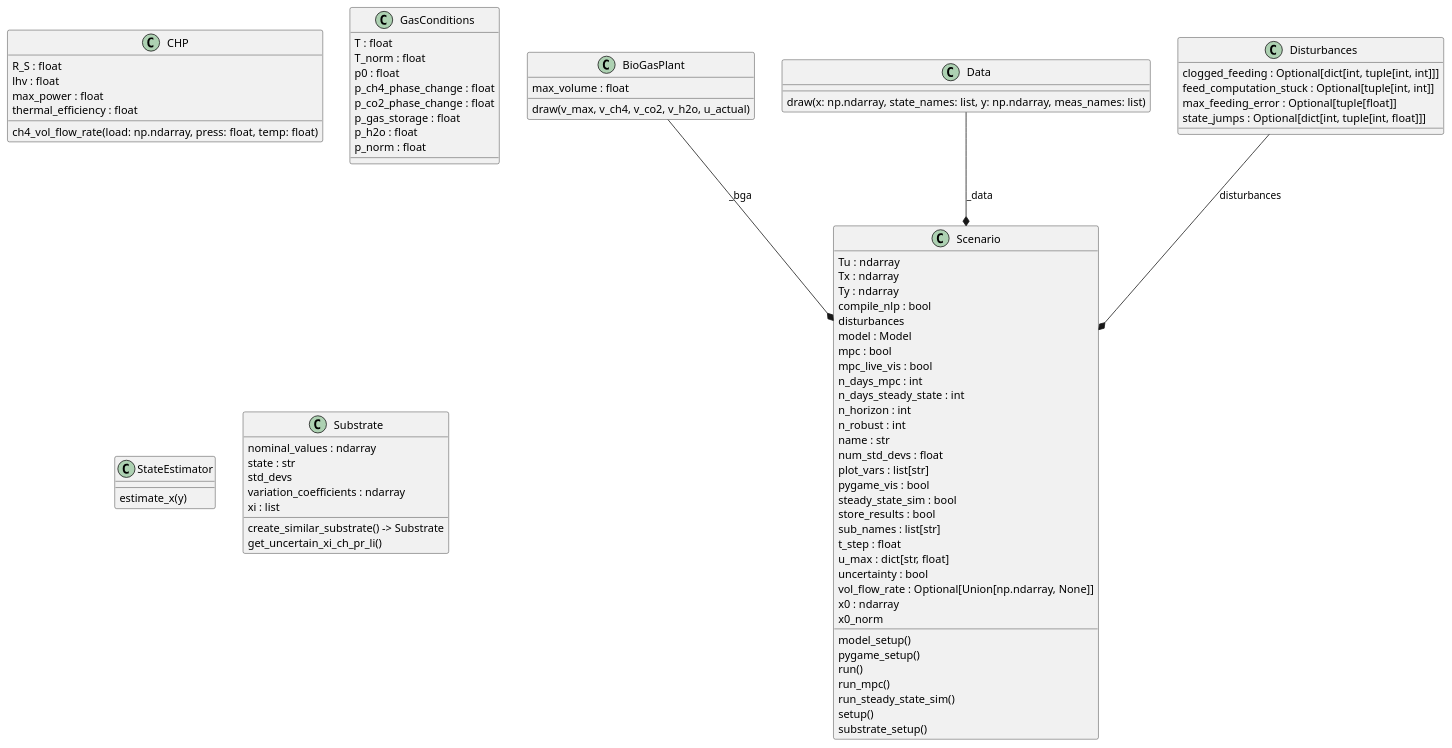
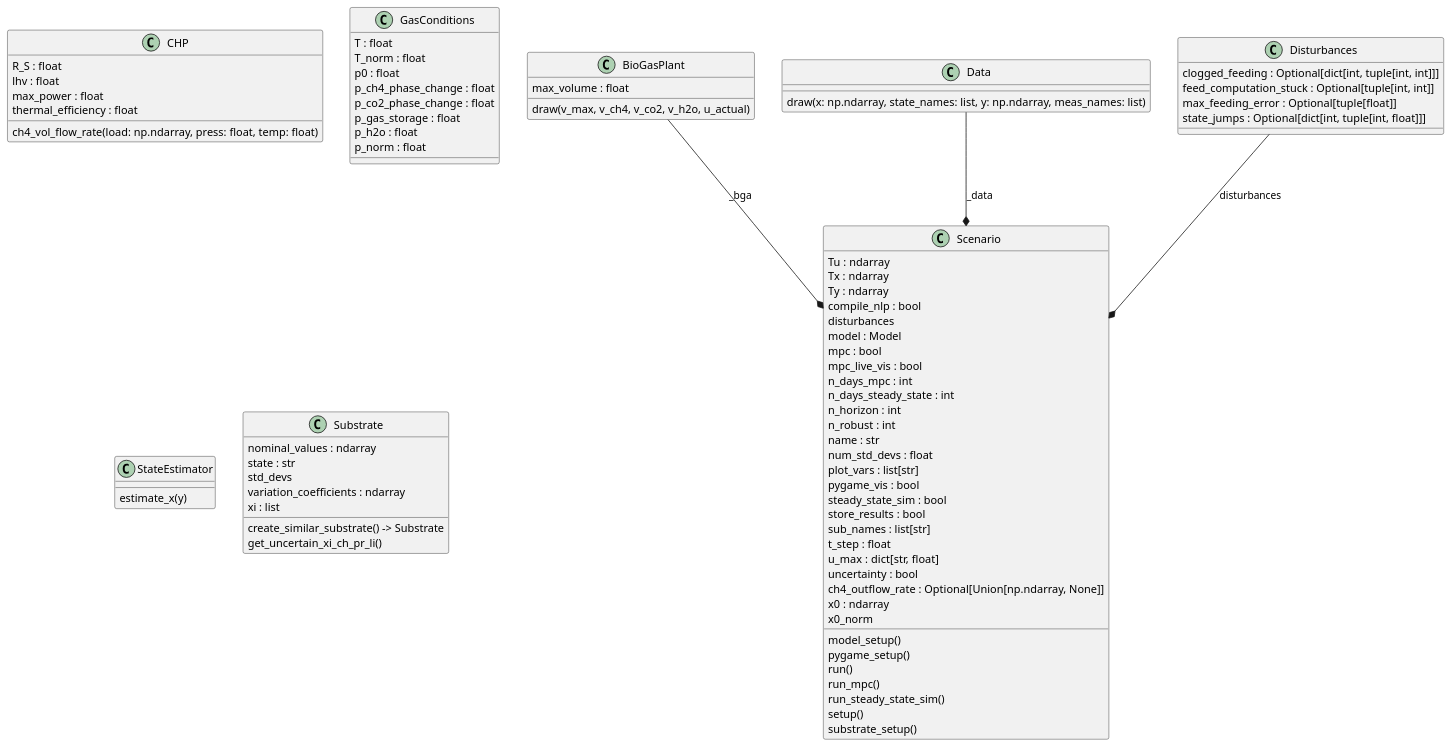
One commit to JuliusFrontzek/ad_meal_prep_control changed the diagram in ad_meal_prep_control/classes.puml. Above: the diagram before and after it, drawn with PlantUML. The commit also changed 7 other files, not shown here.

Commit message:
Renamed vol_flow_rate to ch4_outflow_rate for clarification; fixed wrong application of ch4_outflow_rate values to simulation; added ch4_outflow_rate to live plotting

```diff
--- a/ad_meal_prep_control/classes.puml
+++ b/ad_meal_prep_control/classes.puml
@@ -1,82 +1,82 @@
 @startuml classes
 set namespaceSeparator none
 class "BioGasPlant" as ad_meal_prep_control.visualization.BioGasPlant {
   max_volume : float
   draw(v_max, v_ch4, v_co2, v_h2o, u_actual)
 }
 class "CHP" as ad_meal_prep_control.utils.CHP {
   R_S : float
   lhv : float
   max_power : float
   thermal_efficiency : float
   ch4_vol_flow_rate(load: np.ndarray, press: float, temp: float)
 }
 class "Data" as ad_meal_prep_control.visualization.Data {
   draw(x: np.ndarray, state_names: list, y: np.ndarray, meas_names: list)
 }
 class "Disturbances" as ad_meal_prep_control.utils.Disturbances {
   clogged_feeding : Optional[dict[int, tuple[int, int]]]
   feed_computation_stuck : Optional[tuple[int, int]]
   max_feeding_error : Optional[tuple[float]]
   state_jumps : Optional[dict[int, tuple[int, float]]]
 }
 class "GasConditions" as ad_meal_prep_control.models.gas_storage.GasConditions {
   T : float
   T_norm : float
   p0 : float
   p_ch4_phase_change : float
   p_co2_phase_change : float
   p_gas_storage : float
   p_h2o : float
   p_norm : float
 }
 class "Scenario" as ad_meal_prep_control.scenario.Scenario {
   Tu : ndarray
   Tx : ndarray
   Ty : ndarray
   compile_nlp : bool
   disturbances
   model : Model
   mpc : bool
   mpc_live_vis : bool
   n_days_mpc : int
   n_days_steady_state : int
   n_horizon : int
   n_robust : int
   name : str
   num_std_devs : float
   plot_vars : list[str]
   pygame_vis : bool
   steady_state_sim : bool
   store_results : bool
   sub_names : list[str]
   t_step : float
   u_max : dict[str, float]
   uncertainty : bool
-  vol_flow_rate : Optional[Union[np.ndarray, None]]
+  ch4_outflow_rate : Optional[Union[np.ndarray, None]]
   x0 : ndarray
   x0_norm
   model_setup()
   pygame_setup()
   run()
   run_mpc()
   run_steady_state_sim()
   setup()
   substrate_setup()
 }
 class "StateEstimator" as ad_meal_prep_control.state_estimator.StateEstimator {
   estimate_x(y)
 }
 class "Substrate" as ad_meal_prep_control.substrates.Substrate {
   nominal_values : ndarray
   state : str
   std_devs
   variation_coefficients : ndarray
   xi : list
   create_similar_substrate() -> Substrate
   get_uncertain_xi_ch_pr_li()
 }
 ad_meal_prep_control.utils.Disturbances --* ad_meal_prep_control.scenario.Scenario : disturbances
 ad_meal_prep_control.visualization.BioGasPlant --* ad_meal_prep_control.scenario.Scenario : _bga
 ad_meal_prep_control.visualization.Data --* ad_meal_prep_control.scenario.Scenario : _data
 @enduml
```
